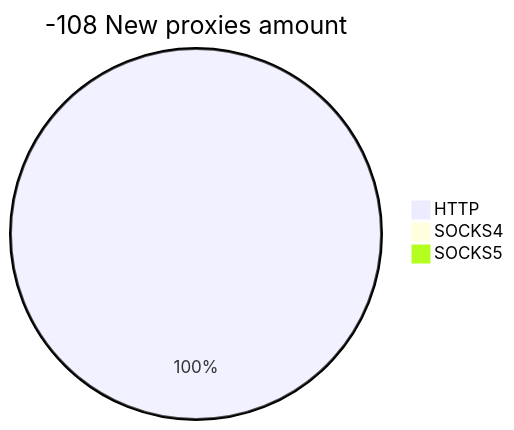
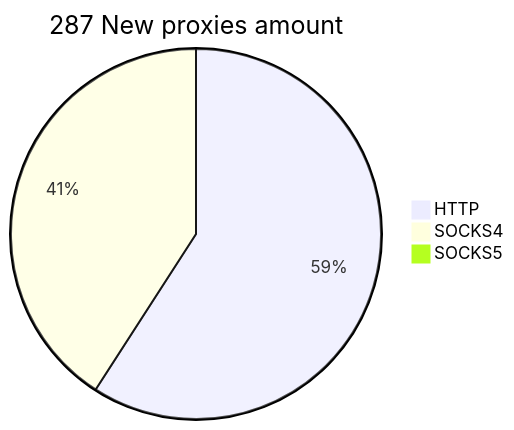
One commit to cutipu/proxylist changed the second of 2 diagrams in README.md. Above: the diagram before and after it, drawn with Mermaid. The commit also changed other lines of this file, not shown here.

````diff
--- a/README.md
+++ b/README.md
@@ -10,6 +10,6 @@
 ```mermaid
-pie title -108 New proxies amount
-    "HTTP" : 59
-    "SOCKS4" : 0
+pie title 287 New proxies amount
+    "HTTP" : 188
+    "SOCKS4" : 130
     "SOCKS5" : 0
 ```
````
